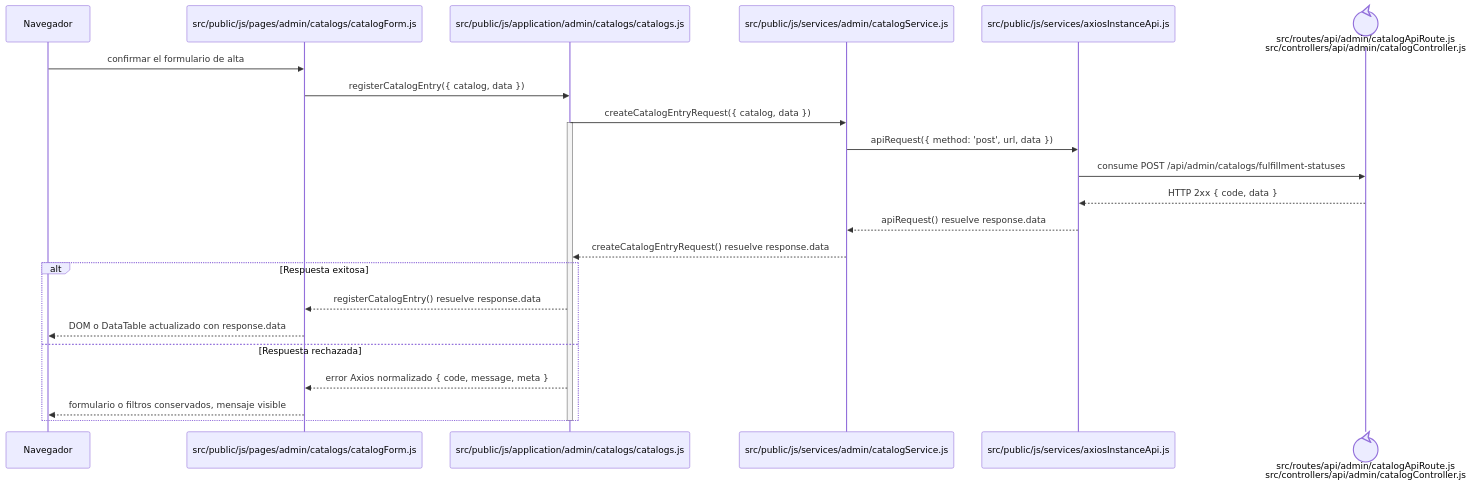
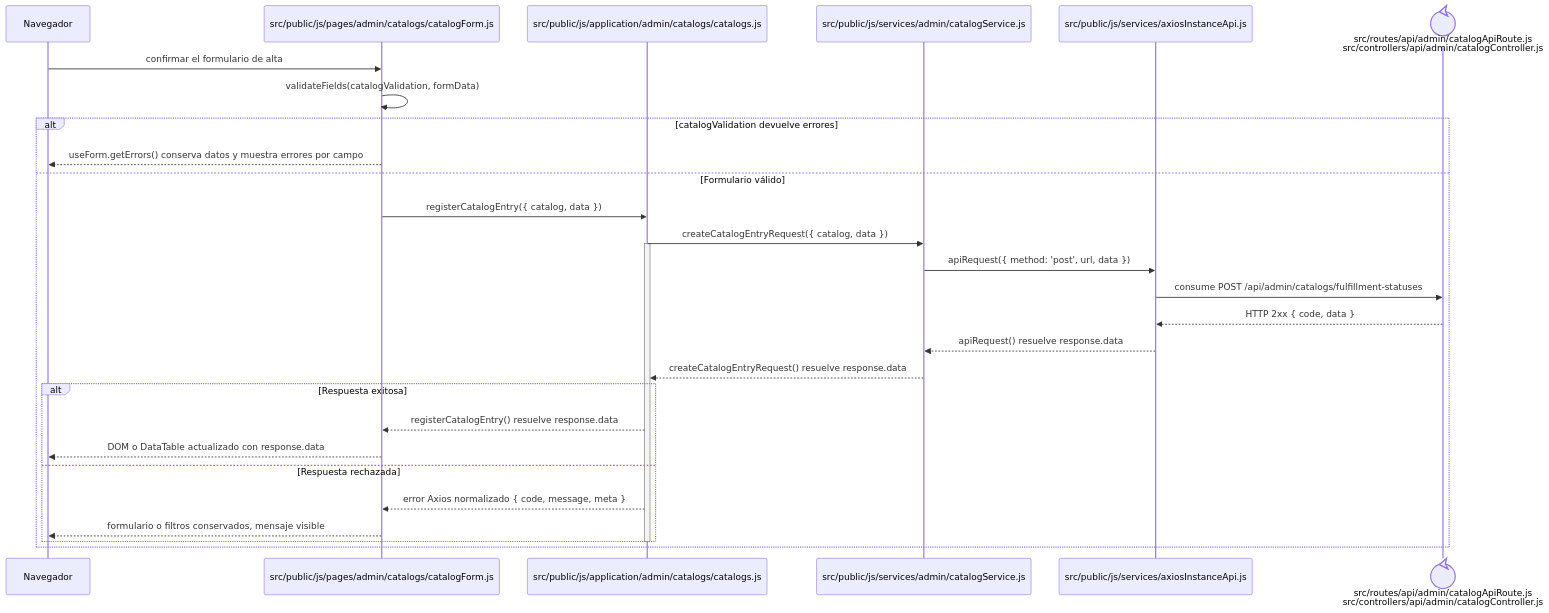
One commit to gpgsistemas01/nexus changed the diagram in docs/architecture/frontend-code-sequences/catalogs/cu-cat-25.md. Above: the diagram before and after it, drawn with Mermaid. The commit also changed 102 other files, not shown here.

````diff
--- a/docs/architecture/frontend-code-sequences/catalogs/cu-cat-25.md
+++ b/docs/architecture/frontend-code-sequences/catalogs/cu-cat-25.md
@@ -6,27 +6,32 @@
 ```mermaid
 sequenceDiagram
     participant Browser as Navegador
     participant View as src/public/js/pages/admin/catalogs/catalogForm.js
     participant Application as src/public/js/application/admin/catalogs/catalogs.js
     participant Request as src/public/js/services/admin/catalogService.js
     participant HTTP as src/public/js/services/axiosInstanceApi.js
     participant Transport@{ "type": "control" } as src/routes/api/admin/catalogApiRoute.js<br/>src/controllers/api/admin/catalogController.js
 
     Browser->>View: confirmar el formulario de alta
-    View->>Application: registerCatalogEntry({ catalog, data })
-    Application->>Request: createCatalogEntryRequest({ catalog, data })
-    activate Application
-    Request->>HTTP: apiRequest({ method: 'post', url, data })
-    HTTP->>Transport: consume POST /api/admin/catalogs/fulfillment-statuses
-    Transport-->>HTTP: HTTP 2xx { code, data }
-    HTTP-->>Request: apiRequest() resuelve response.data
-    Request-->>Application: createCatalogEntryRequest() resuelve response.data
-    alt Respuesta exitosa
-        Application-->>View: registerCatalogEntry() resuelve response.data
-        View-->>Browser: DOM o DataTable actualizado con response.data
-    else Respuesta rechazada
-        Application-->>View: error Axios normalizado { code, message, meta }
-        View-->>Browser: formulario o filtros conservados, mensaje visible
+    View->>View: validateFields(catalogValidation, formData)
+    alt catalogValidation devuelve errores
+        View-->>Browser: useForm.getErrors() conserva datos y muestra errores por campo
+    else Formulario válido
+        View->>Application: registerCatalogEntry({ catalog, data })
+        Application->>Request: createCatalogEntryRequest({ catalog, data })
+        activate Application
+        Request->>HTTP: apiRequest({ method: 'post', url, data })
+        HTTP->>Transport: consume POST /api/admin/catalogs/fulfillment-statuses
+        Transport-->>HTTP: HTTP 2xx { code, data }
+        HTTP-->>Request: apiRequest() resuelve response.data
+        Request-->>Application: createCatalogEntryRequest() resuelve response.data
+        alt Respuesta exitosa
+            Application-->>View: registerCatalogEntry() resuelve response.data
+            View-->>Browser: DOM o DataTable actualizado con response.data
+        else Respuesta rechazada
+            Application-->>View: error Axios normalizado { code, message, meta }
+            View-->>Browser: formulario o filtros conservados, mensaje visible
+        end
+        deactivate Application
     end
-    deactivate Application
 ```
````
